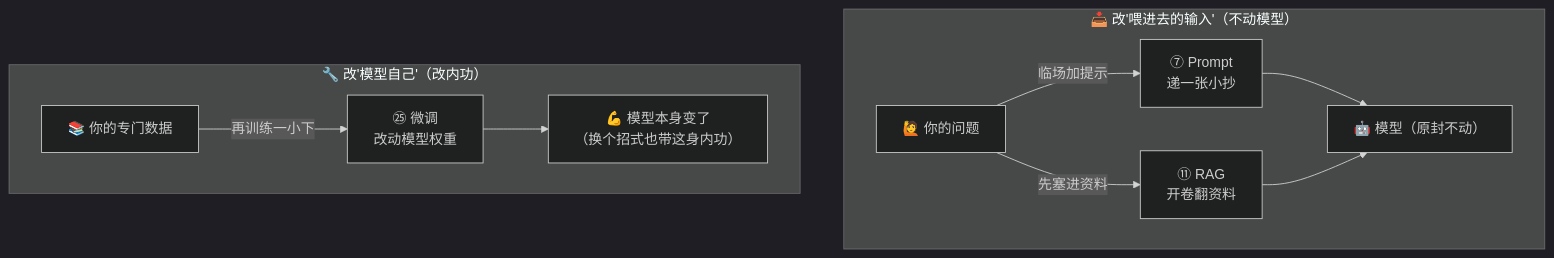
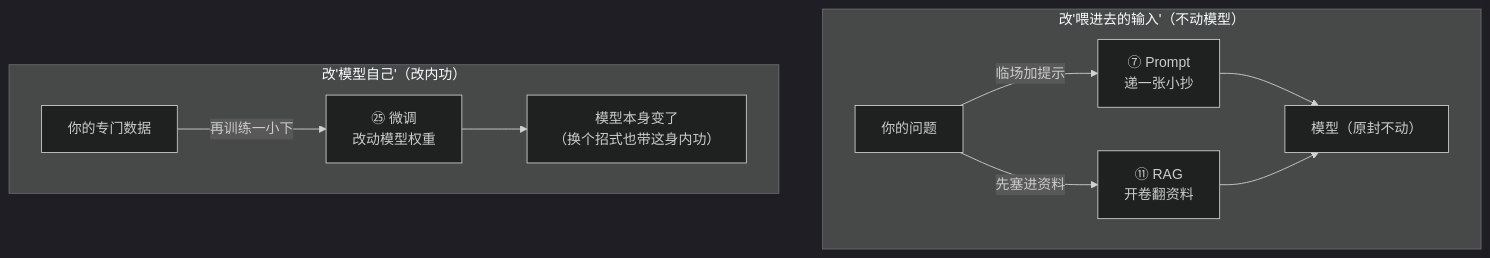
One commit to luckykhy/KhyAiHub changed the third of 6 diagrams in docs/02_CONCEPTS_概念入门/CONCEPT/[CONCEPT-25] 什么是微调-FineTuning.md. Above: the diagram before and after it, drawn with Mermaid (dark theme). The commit also changed other lines of this file, not shown here.

````diff
--- a/docs/02_CONCEPTS_概念入门/CONCEPT/[CONCEPT-25] 什么是微调-FineTuning.md
+++ b/docs/02_CONCEPTS_概念入门/CONCEPT/[CONCEPT-25] 什么是微调-FineTuning.md
@@ -96,13 +96,13 @@
 ```mermaid
 flowchart TB
-  subgraph 改输入["📥 改'喂进去的输入'（不动模型）"]
-    Q1["🙋 你的问题"] -->|"临场加提示"| PMT["⑦ Prompt<br/>递一张小抄"]
+  subgraph 改输入["改'喂进去的输入'（不动模型）"]
+    Q1["你的问题"] -->|"临场加提示"| PMT["⑦ Prompt<br/>递一张小抄"]
     Q1 -->|"先塞进资料"| RAG["⑪ RAG<br/>开卷翻资料"]
-    PMT --> M1["🤖 模型（原封不动）"]
+    PMT --> M1["模型（原封不动）"]
     RAG --> M1
   end
-  subgraph 改模型["🔧 改'模型自己'（改内功）"]
-    DATA["📚 你的专门数据"] -->|"再训练一小下"| FT["㉕ 微调<br/>改动模型权重"]
-    FT --> M2["💪 模型本身变了<br/>（换个招式也带这身内功）"]
+  subgraph 改模型["改'模型自己'（改内功）"]
+    DATA["你的专门数据"] -->|"再训练一小下"| FT["㉕ 微调<br/>改动模型权重"]
+    FT --> M2["模型本身变了<br/>（换个招式也带这身内功）"]
   end
 ```
````
